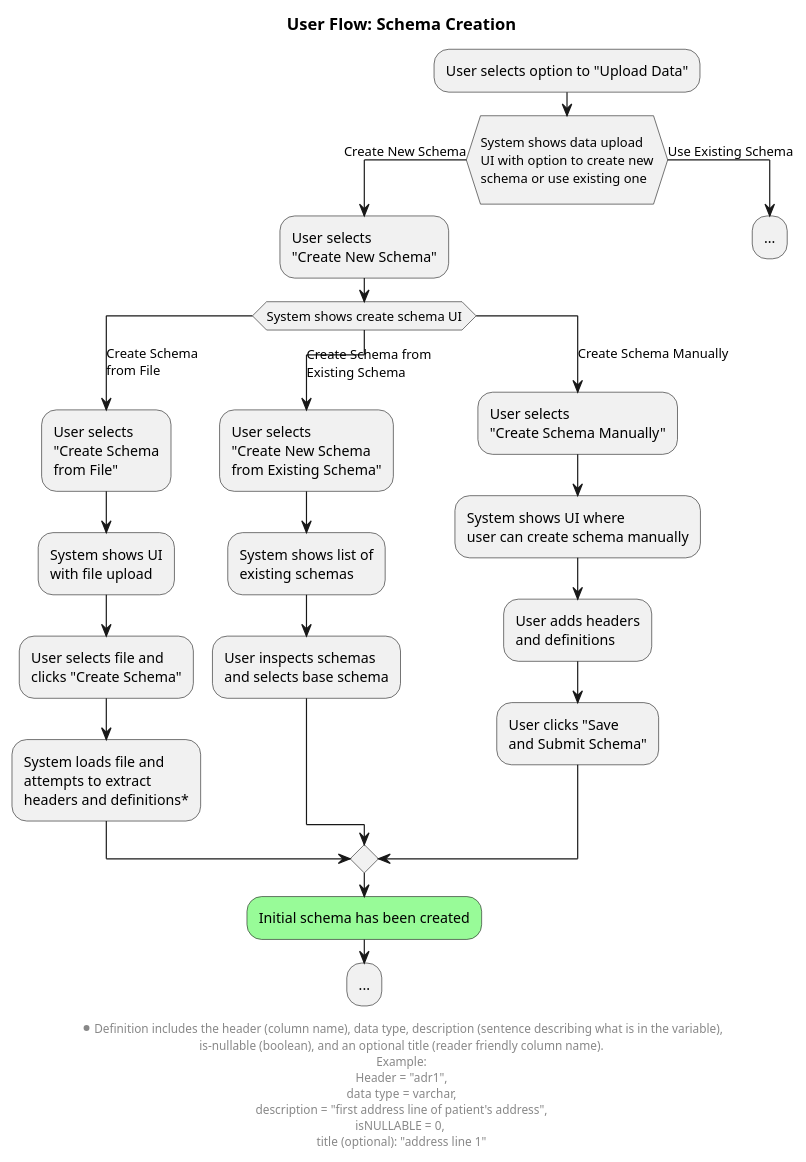
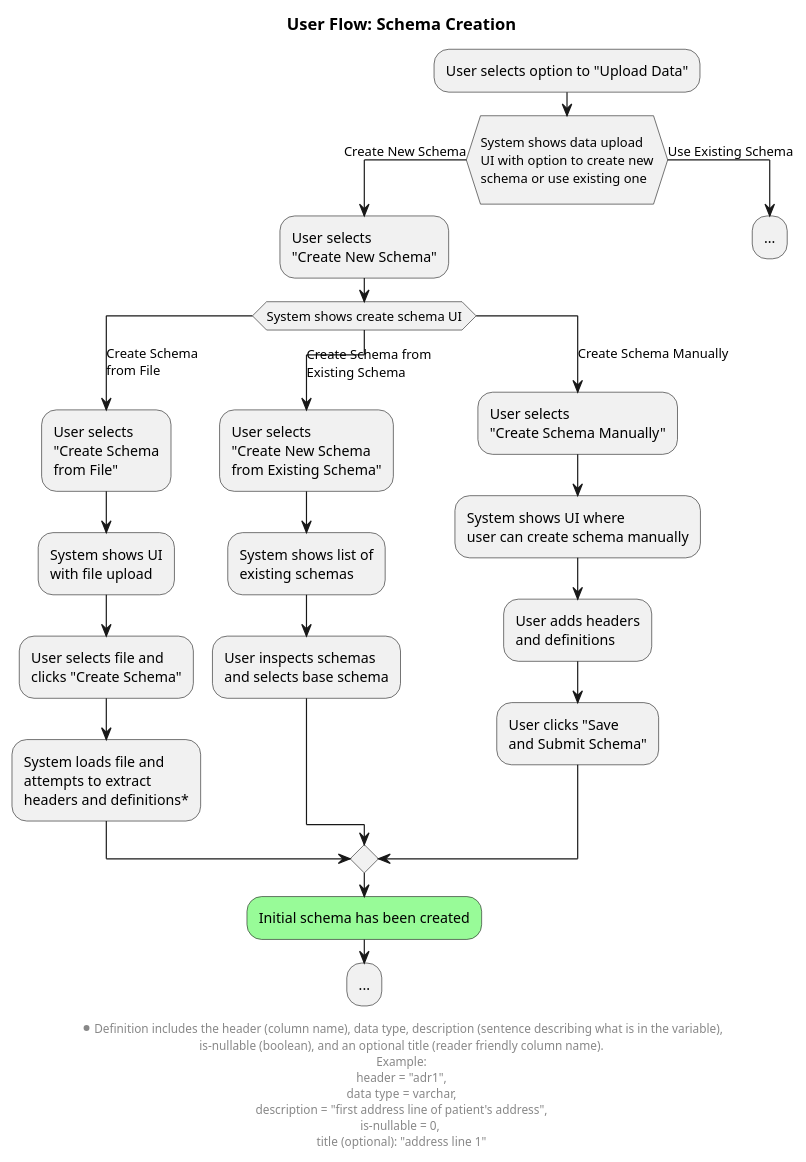
One commit to signekb/seedcase-sprout changed the diagram in docs/design/images/user-flow-schema-creation.puml. Above: the diagram before and after it, drawn with PlantUML. The commit also changed 1 other file, not shown here.

Commit message:
style: change variable names in footer to lower case

```diff
--- a/docs/design/images/user-flow-schema-creation.puml
+++ b/docs/design/images/user-flow-schema-creation.puml
@@ -1,47 +1,48 @@
 @startuml user-flow-schema-creation
 
 title User Flow: Schema Creation
 
 :User selects option to "Upload Data";
 if (\nSystem shows data upload\nUI with option to create new\nschema or use existing one\n) then (Create New Schema)
   :User selects\n"Create New Schema";
 switch (System shows create schema UI)
 case (Create Schema\nfrom File)
   :User selects
   "Create Schema
   from File";
   :System shows UI
   with file upload;
   :User selects file and
   clicks "Create Schema";
   :System loads file and
   attempts to extract 
   headers and definitions*;
 case (Create Schema from\nExisting Schema)
   :User selects
   "Create New Schema
   from Existing Schema";
   :System shows list of
   existing schemas;
   :User inspects schemas
   and selects base schema;
 case (Create Schema Manually)
   :User selects
   "Create Schema Manually";
   :System shows UI where
   user can create schema manually;
   :User adds headers
   and definitions;
   :User clicks "Save
   and Submit Schema";
 endswitch
 #palegreen:Initial schema has been created;
 :...;
 detach
 else (Use Existing Schema)
   :...;
   detach
 endif
 
-footer \n*Definition includes the header (column name), data type, description (sentence describing what is in the variable),\nis-nullable (boolean), and an optional title (reader friendly column name).\nExample:\nHeader = "adr1",\ndata type = varchar,\ndescription = "first address line of patient's address",\nisNULLABLE = 0, \ntitle (optional): "address line 1"
+footer \n*Definition includes the header (column name), data type, description (sentence describing what is in the variable),\nis-nullable (boolean), and an optional title (reader friendly column name).\nExample:\nheader = "adr1",\ndata type = varchar,\ndescription = "first address line of patient's address",\nis-nullable = 0, \ntitle (optional): "address line 1"
+
 @enduml
```
